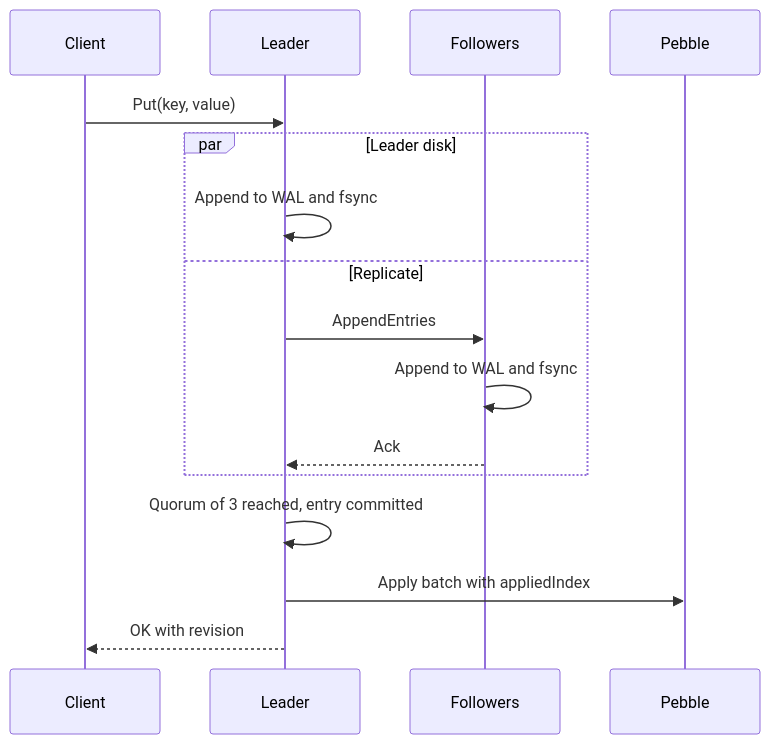
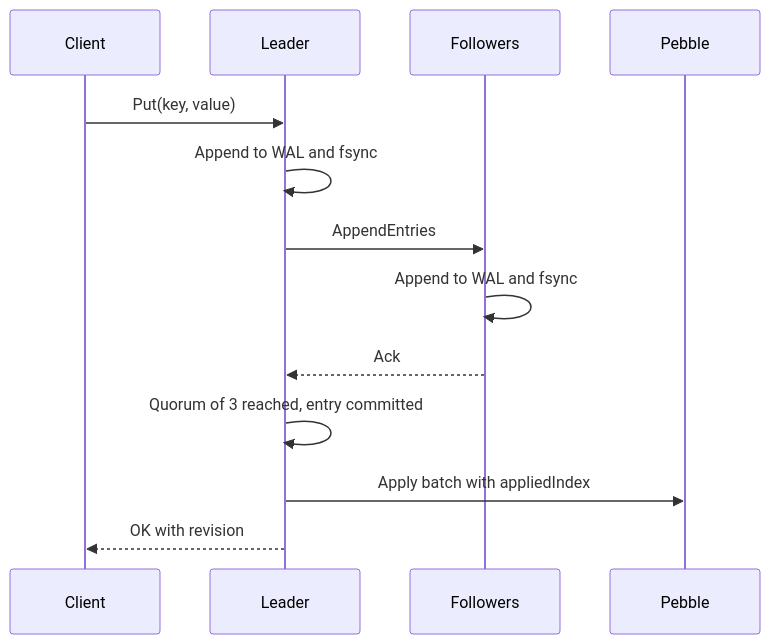
Before and after one commit to bibekgupta3333/raftkv-distributed-store: the second of 5 diagrams in docs/raftkv-in-5-minutes.md, drawn with Mermaid. The commit also changed other lines of this file and 2 other files, not shown here.

````diff
--- a/docs/raftkv-in-5-minutes.md
+++ b/docs/raftkv-in-5-minutes.md
@@ -104,18 +103,15 @@
 ```mermaid
 sequenceDiagram
     participant C as Client
     participant L as Leader
     participant F as Followers
     participant P as Pebble
     C->>L: Put(key, value)
-    par Leader disk
-        L->>L: Append to WAL and fsync
-    and Replicate
-        L->>F: AppendEntries
-        F->>F: Append to WAL and fsync
-        F-->>L: Ack
-    end
+    L->>L: Append to WAL and fsync
+    L->>F: AppendEntries
+    F->>F: Append to WAL and fsync
+    F-->>L: Ack
     L->>L: Quorum of 3 reached, entry committed
     L->>P: Apply batch with appliedIndex
     L-->>C: OK with revision
 ```
````
